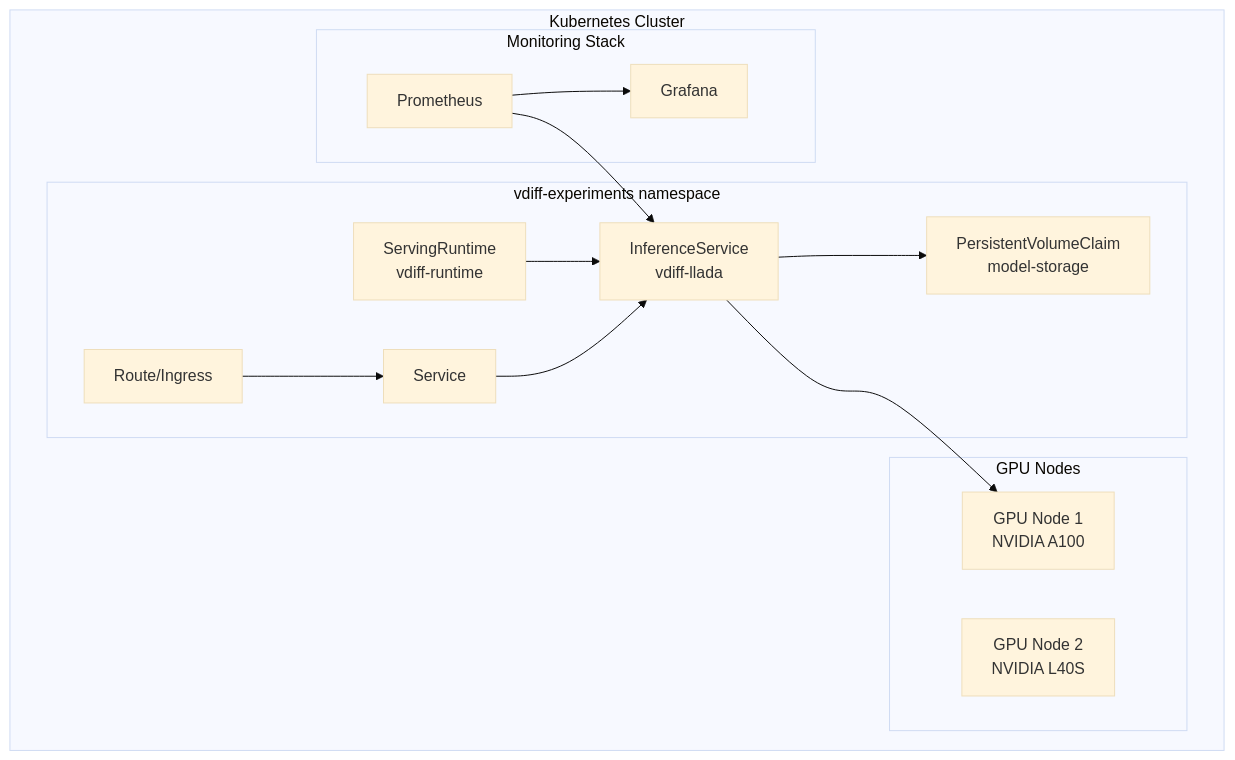
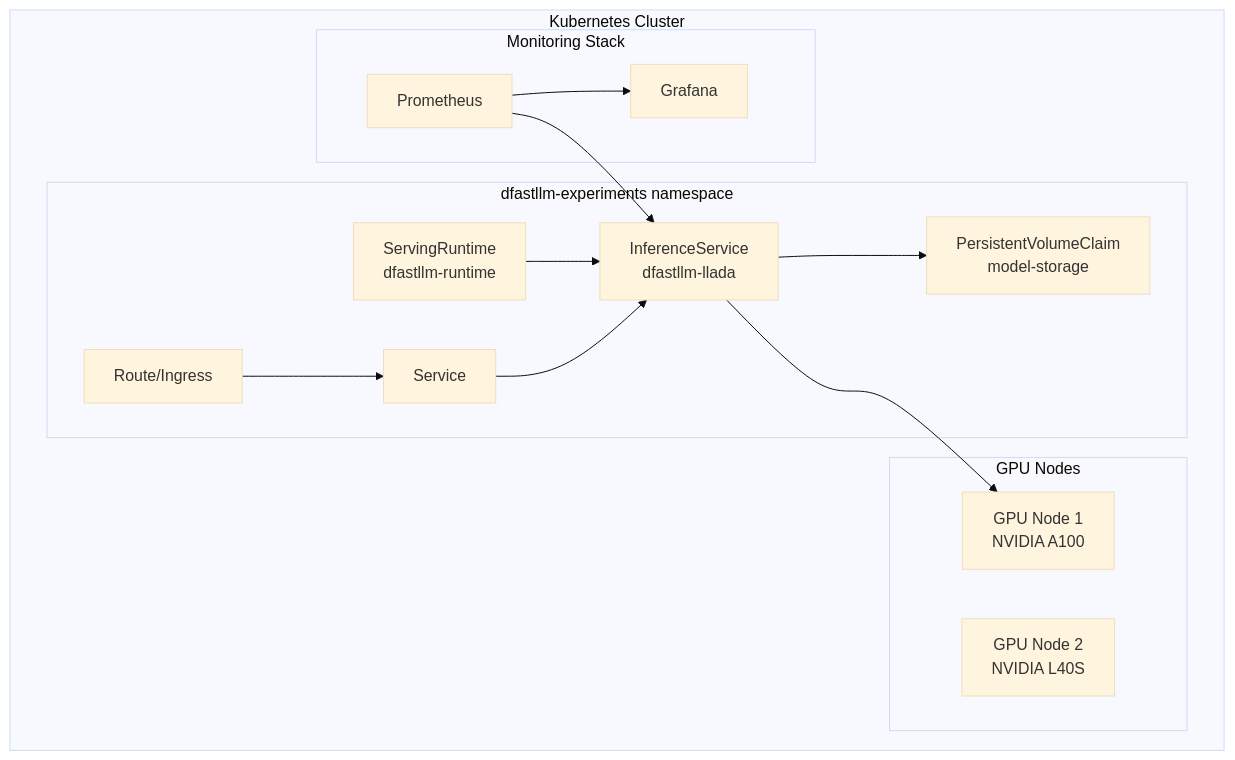
One commit to mwaykole/vdiff changed the second of 4 diagrams in docs/DEPLOYMENT_GUIDE.md. Above: the diagram before and after it, drawn with Mermaid (base theme). The commit also changed other lines of this file and 53 other files, not shown here.

First line of the commit message:
refactor: Rename all vdiff references to dfastllm

````diff
--- a/docs/DEPLOYMENT_GUIDE.md
+++ b/docs/DEPLOYMENT_GUIDE.md
@@ -111,30 +111,30 @@
 ```mermaid
 flowchart TB
     subgraph Cluster["Kubernetes Cluster"]
-        subgraph NS["vdiff-experiments namespace"]
-            SR["ServingRuntime<br/>vdiff-runtime"]
-            IS["InferenceService<br/>vdiff-llada"]
+        subgraph NS["dfastllm-experiments namespace"]
+            SR["ServingRuntime<br/>dfastllm-runtime"]
+            IS["InferenceService<br/>dfastllm-llada"]
             PVC["PersistentVolumeClaim<br/>model-storage"]
             SVC["Service"]
             ROUTE["Route/Ingress"]
         end
         
         subgraph Nodes["GPU Nodes"]
             GPU1["GPU Node 1<br/>NVIDIA A100"]
             GPU2["GPU Node 2<br/>NVIDIA L40S"]
         end
         
         subgraph Monitoring["Monitoring Stack"]
             PROM["Prometheus"]
             GRAF["Grafana"]
         end
     end
     
     SR --> IS
     IS --> PVC
     IS --> GPU1
     SVC --> IS
     ROUTE --> SVC
     PROM --> IS
     PROM --> GRAF
 ```
````
